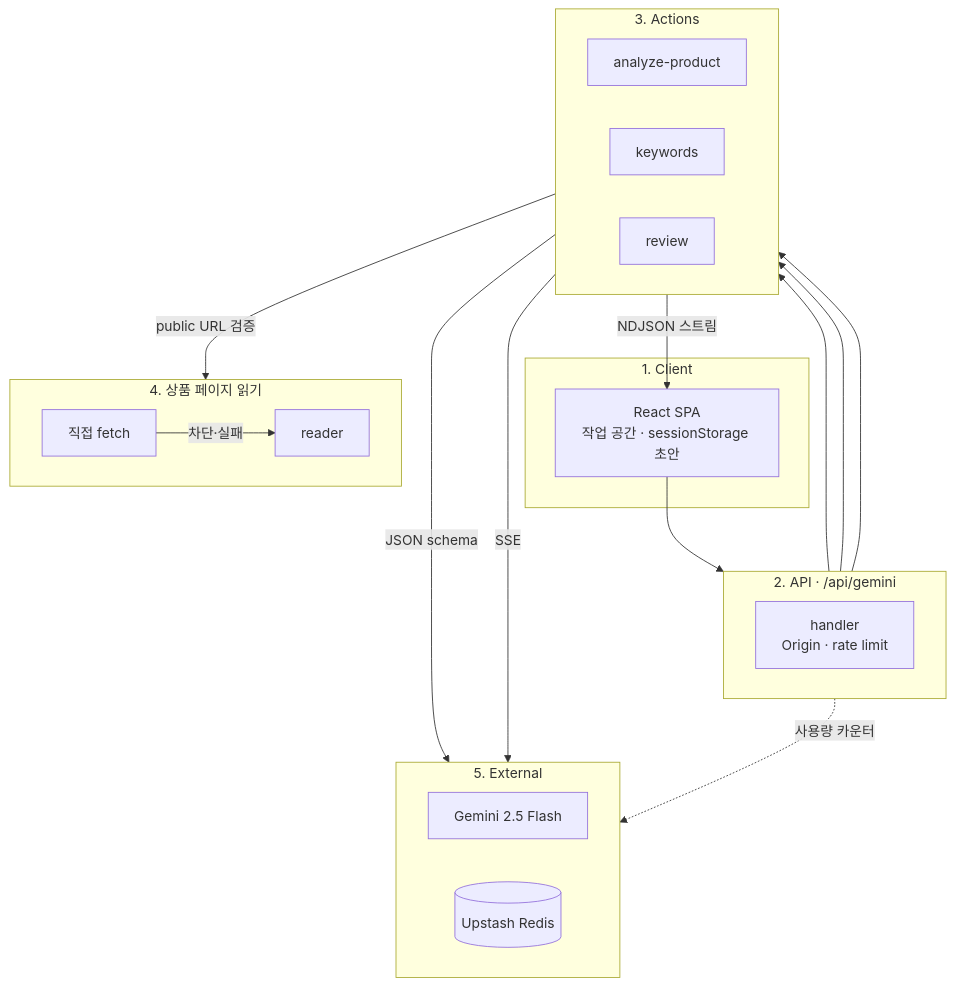
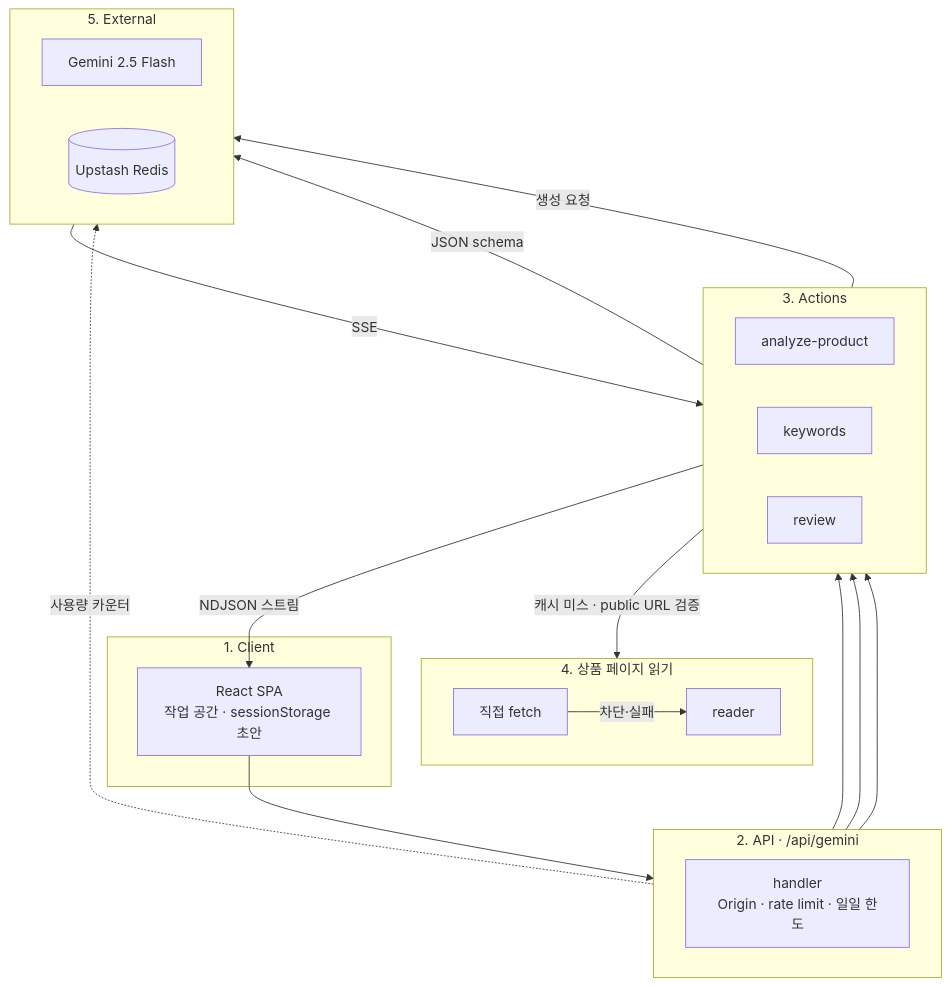
The diagram in README.md (Yelli915/auto-review-generator), drawn with Mermaid before and after one commit. The commit also changed other lines of this file and 56 other files, not shown here.

````diff
--- a/README.md
+++ b/README.md
@@ -41,43 +44,44 @@
 ```mermaid
 flowchart TB
   subgraph L1["1. Client"]
     FE["React SPA<br/>작업 공간 · sessionStorage 초안"]
   end
 
   subgraph L2["2. API · /api/gemini"]
     direction LR
-    GUARD["handler<br/>Origin · rate limit"]
+    GUARD["handler<br/>Origin · rate limit · 일일 한도"]
   end
 
   subgraph L3["3. Actions"]
     direction LR
     AP["analyze-product"]
     KW["keywords"]
     RV["review"]
   end
 
   subgraph L4["4. 상품 페이지 읽기"]
     direction LR
     D["직접 fetch"]
     R["reader"]
   end
 
   subgraph L5["5. External"]
     direction LR
     GM["Gemini 2.5 Flash"]
     RD[("Upstash Redis")]
   end
 
   FE --> GUARD
   GUARD --> AP
   GUARD --> KW
   GUARD --> RV
   GUARD -.->|사용량 카운터| RD
 
-  AP -->|public URL 검증| D
+  AP -->|캐시 미스 · public URL 검증| D
   D -->|차단·실패| R
 
   KW -->|JSON schema| GM
-  RV -->|SSE| GM
+  RV -->|생성 요청| GM
+  GM -->|SSE| RV
   RV -->|NDJSON 스트림| FE
 ```
````
